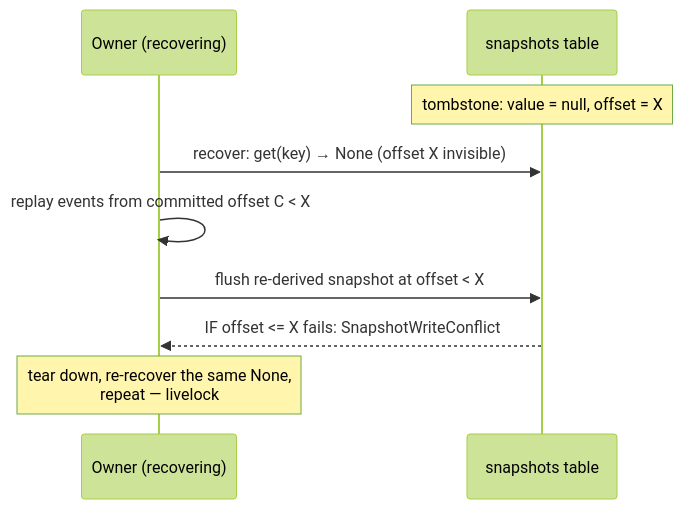
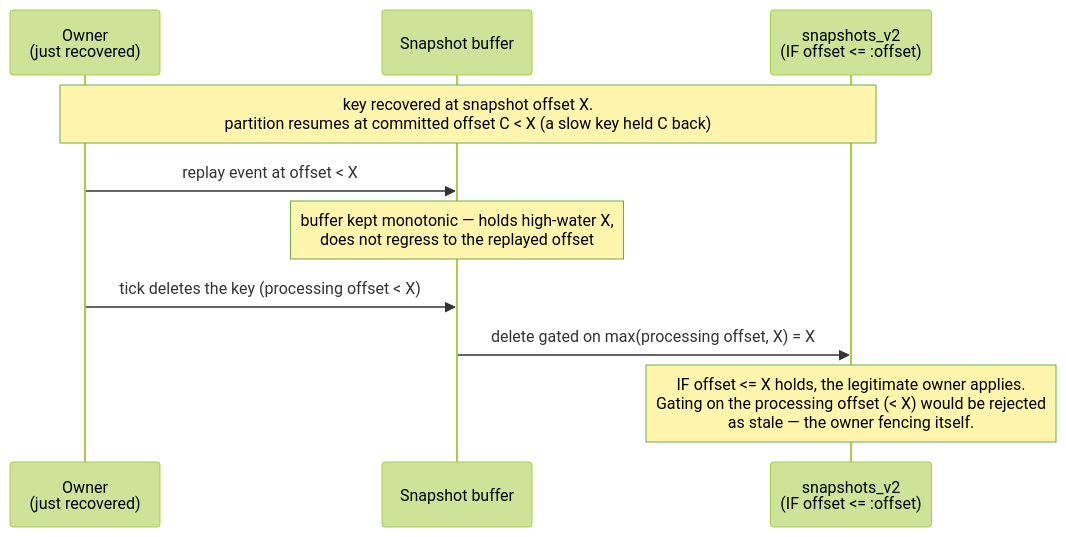
The diagram in docs/cassandra-single-writer-design.md (tobiajo/kafka-flow), drawn with Mermaid (forest theme) before and after one commit. The commit also changed other lines of this file and 14 other files, not shown here.

First line of the commit message:
Protect Cassandra snapshot writes from stale writers (full compare-and-set fence)

````diff
--- a/docs/cassandra-single-writer-design.md
+++ b/docs/cassandra-single-writer-design.md
@@ -176,11 +96,13 @@
-   ```mermaid
-   sequenceDiagram
-       participant O as Owner (recovering)
-       participant DB as snapshots table
-       Note over DB: tombstone: value = null, offset = X
-       O->>DB: recover: get(key) → None (offset X invisible)
-       O->>O: replay events from committed offset C < X
-       O->>DB: flush re-derived snapshot at offset < X
-       DB-->>O: IF offset <= X fails: SnapshotWriteConflict
-       Note over O: tear down, re-recover the same None,<br/>repeat — livelock
-   ```
+```mermaid
+sequenceDiagram
+    participant F as Owner<br/>(just recovered)
+    participant B as Snapshot buffer
+    participant DB as snapshots_v2<br/>(IF offset <= :offset)
+
+    Note over DB,F: key recovered at snapshot offset X.<br/>partition resumes at committed offset C < X (a slow key held C back)
+    F->>B: replay event at offset < X
+    Note over B: buffer kept monotonic — holds high-water X,<br/>does not regress to the replayed offset
+    F->>B: tick deletes the key (processing offset < X)
+    B->>DB: delete gated on max(processing offset, X) = X
+    Note over DB: IF offset <= X holds, the legitimate owner applies.<br/>Gating on the processing offset (< X) would be rejected<br/>as stale — the owner fencing itself.
+```
````
